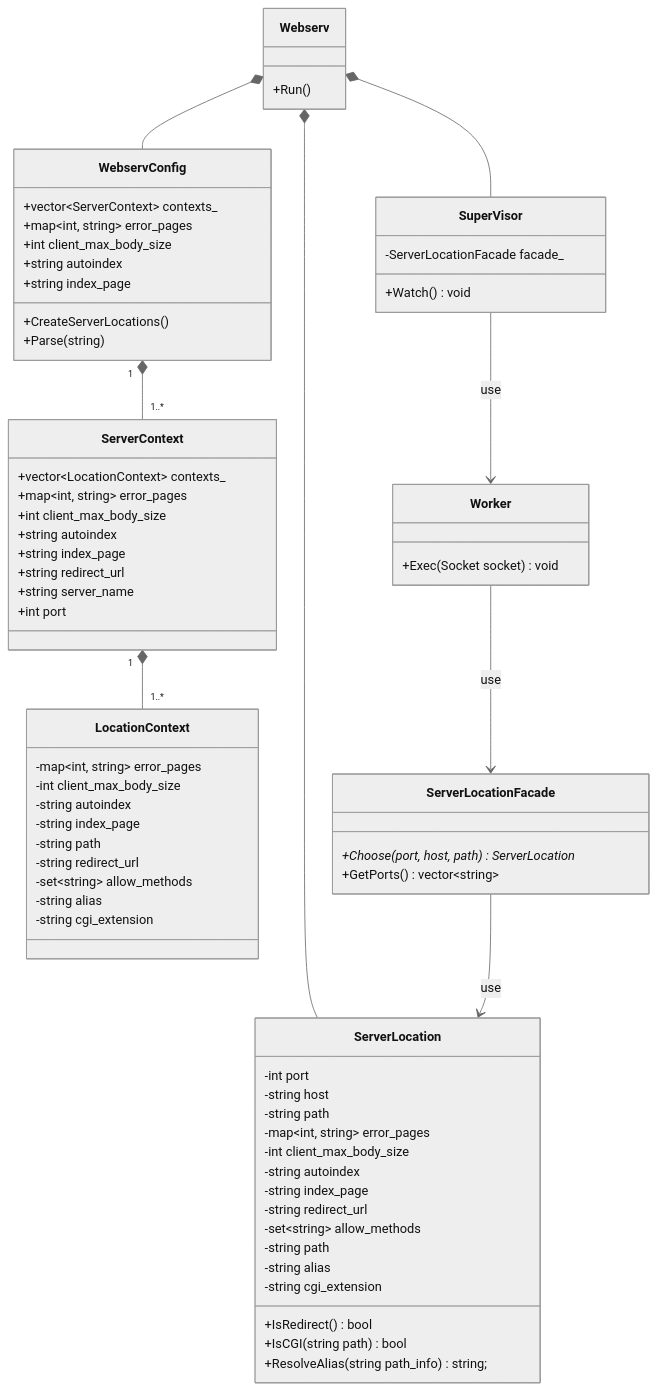
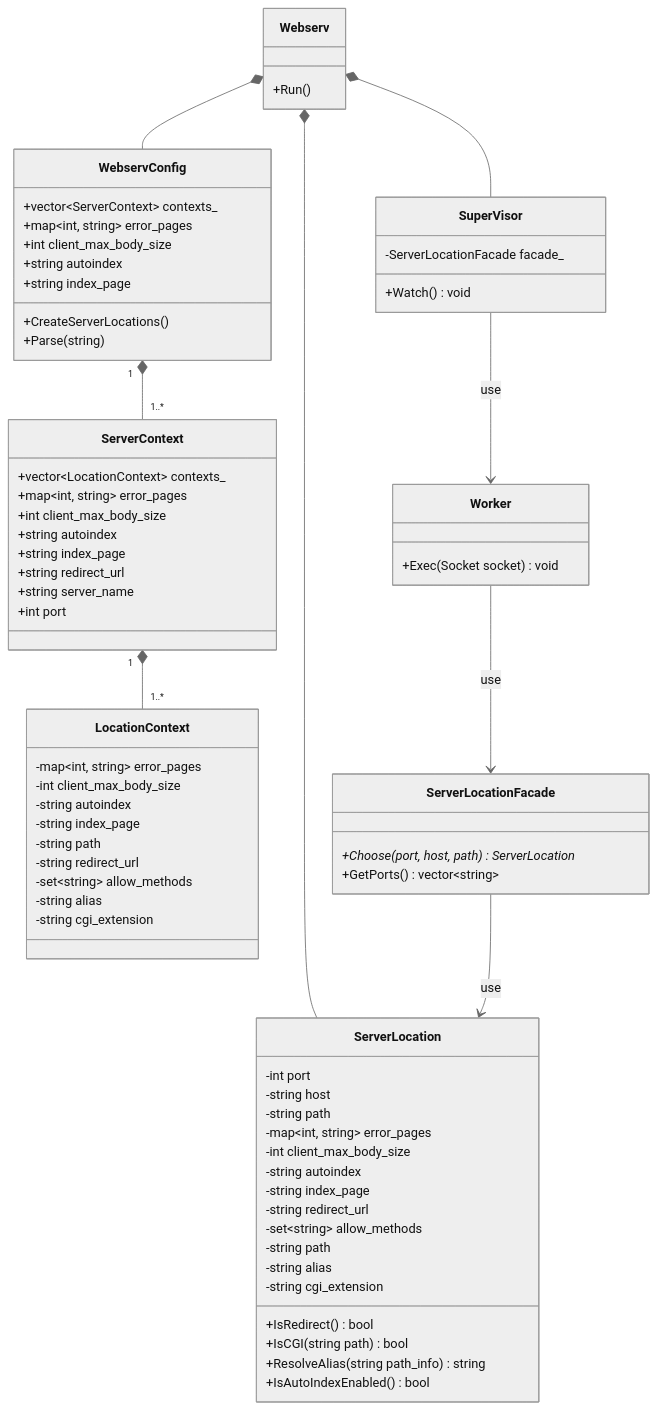
One commit to katataku/webserv changed the diagram in docs/class/config_class.md. Above: the diagram before and after it, drawn with Mermaid (neutral theme). The commit also changed 12 other files, not shown here.

````diff
--- a/docs/class/config_class.md
+++ b/docs/class/config_class.md
@@ -81,6 +81,7 @@
         -string cgi_extension
         +IsRedirect() bool
         +IsCGI(string path) bool
-        +ResolveAlias(string path_info) string;
+        +ResolveAlias(string path_info) string
+        +IsAutoIndexEnabled() bool
     }
 ```
````
